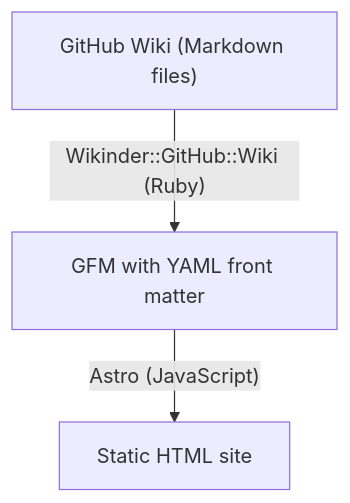
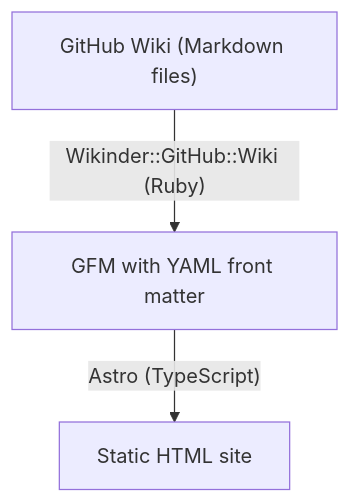
Before and after one commit to yuuki7/github-wiki-to-html: the diagram in README.md, drawn with Mermaid. The commit also changed other lines of this file and 28 other files, not shown here.

````diff
--- a/README.md
+++ b/README.md
@@ -31,5 +31,5 @@
 ```mermaid
 graph TD
     A["GitHub Wiki (Markdown files)"] -->|"Wikinder::GitHub::Wiki (Ruby)"| B["GFM with YAML front matter"]
-    B -->|"Astro (JavaScript)"| C["Static HTML site"]
+    B -->|"Astro (TypeScript)"| C["Static HTML site"]
 ```
````
